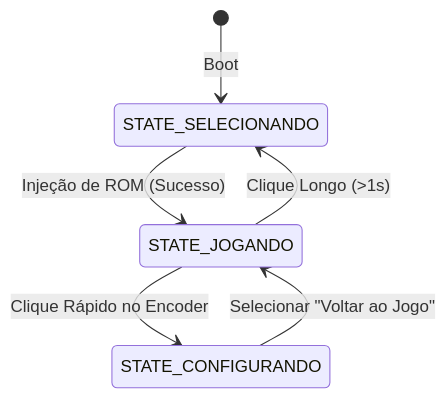
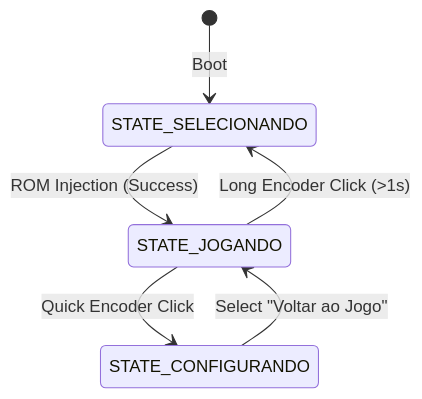
The diagram in README.md (sandrobenigno/FPGABuddy), drawn with Mermaid before and after one commit. The commit also changed other lines of this file and 1 other file, not shown here.

````diff
--- a/README.md
+++ b/README.md
@@ -113,8 +115,8 @@
 ```mermaid
 stateDiagram-v2
     [*] --> STATE_SELECIONANDO : Boot
-    STATE_SELECIONANDO --> STATE_JOGANDO : Injeção de ROM (Sucesso)
-    STATE_JOGANDO --> STATE_CONFIGURANDO : Clique Rápido no Encoder
-    STATE_CONFIGURANDO --> STATE_JOGANDO : Selecionar "Voltar ao Jogo"
-    STATE_JOGANDO --> STATE_SELECIONANDO : Clique Longo (>1s)
+    STATE_SELECIONANDO --> STATE_JOGANDO : ROM Injection (Success)
+    STATE_JOGANDO --> STATE_CONFIGURANDO : Quick Encoder Click
+    STATE_CONFIGURANDO --> STATE_JOGANDO : Select "Voltar ao Jogo"
+    STATE_JOGANDO --> STATE_SELECIONANDO : Long Encoder Click (>1s)
 ```
````
